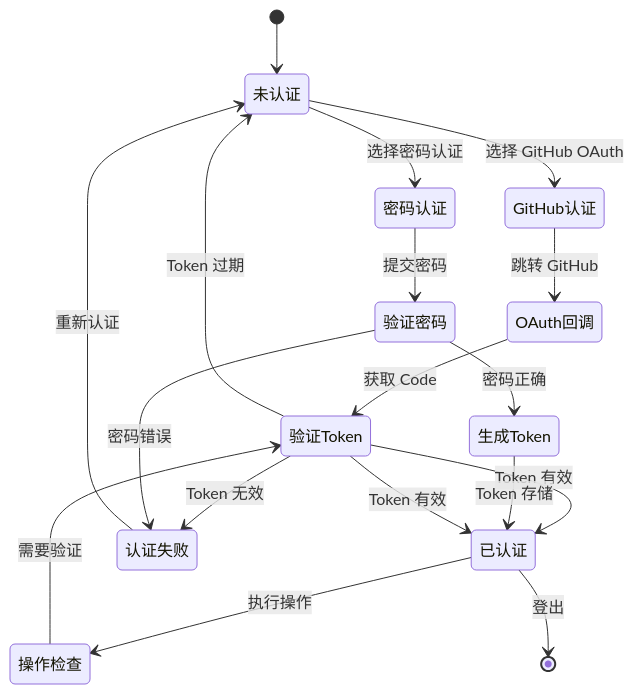
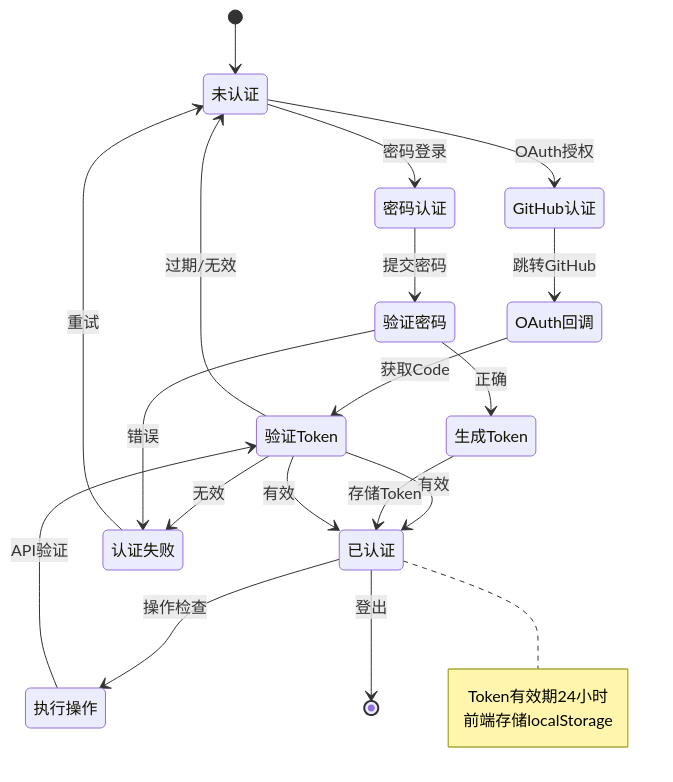
Before and after one commit to hoochanlon/picx-images-hosting: the fourth of 4 diagrams in docs/architecture-flow.md, drawn with Mermaid. The commit also changed other lines of this file and 3 other files, not shown here.

````diff
--- a/docs/architecture-flow.md
+++ b/docs/architecture-flow.md
@@ -235,25 +142,30 @@
 ```mermaid
 stateDiagram-v2
     [*] --> 未认证
     
-    未认证 --> GitHub认证: 选择 GitHub OAuth
-    未认证 --> 密码认证: 选择密码认证
+    未认证 --> GitHub认证: OAuth授权
+    未认证 --> 密码认证: 密码登录
     
-    GitHub认证 --> OAuth回调: 跳转 GitHub
-    OAuth回调 --> 验证Token: 获取 Code
-    验证Token --> 已认证: Token 有效
-    验证Token --> 认证失败: Token 无效
+    GitHub认证 --> OAuth回调: 跳转GitHub
+    OAuth回调 --> 验证Token: 获取Code
+    验证Token --> 已认证: 有效
+    验证Token --> 认证失败: 无效
     
     密码认证 --> 验证密码: 提交密码
-    验证密码 --> 生成Token: 密码正确
-    验证密码 --> 认证失败: 密码错误
-    生成Token --> 已认证: Token 存储
+    验证密码 --> 生成Token: 正确
+    验证密码 --> 认证失败: 错误
+    生成Token --> 已认证: 存储Token
     
-    已认证 --> 操作检查: 执行操作
-    操作检查 --> 验证Token: 需要验证
-    验证Token --> 已认证: Token 有效
-    验证Token --> 未认证: Token 过期
+    已认证 --> 执行操作: 操作检查
+    执行操作 --> 验证Token: API验证
+    验证Token --> 已认证: 有效
+    验证Token --> 未认证: 过期/无效
     
-    认证失败 --> 未认证: 重新认证
+    认证失败 --> 未认证: 重试
     已认证 --> [*]: 登出
+    
+    note right of 已认证
+        Token有效期24小时
+        前端存储localStorage
+    end note
 ```
````
